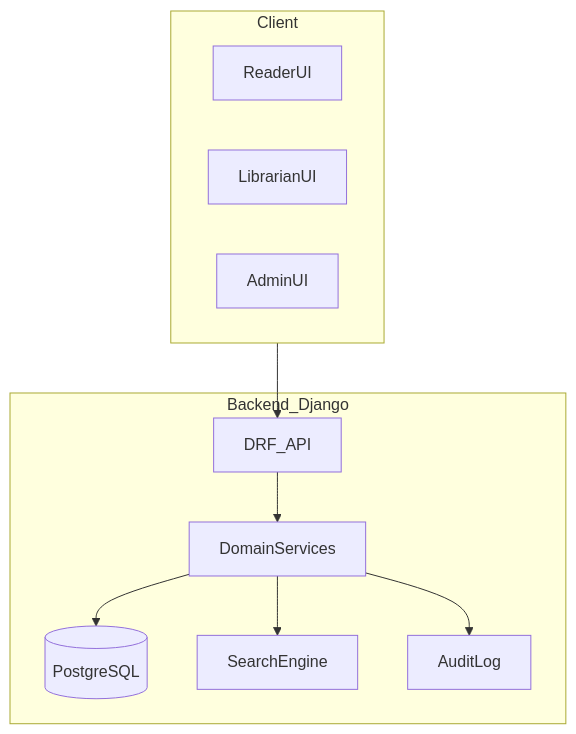
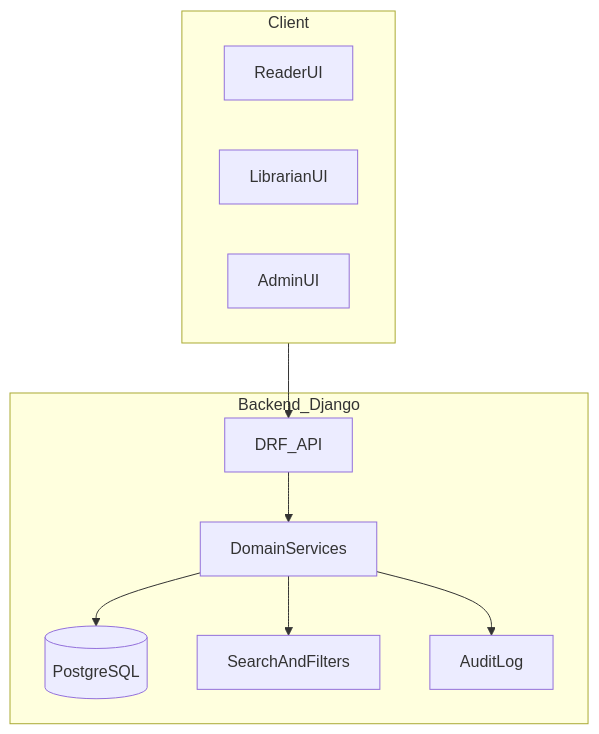
The first of 2 diagrams in docs/Информация о проекте/Полный_план.md (DaniilNikolaev-uv/library), drawn with Mermaid before and after one commit. The commit also changed other lines of this file and 34 other files, not shown here.

````diff
--- a/docs/Информация о проекте/Полный_план.md
+++ b/docs/Информация о проекте/Полный_план.md
@@ -27,17 +27,17 @@
 ```mermaid
 flowchart TD
   subgraph client[Client]
     reader[ReaderUI]
     librarian[LibrarianUI]
     admin[AdminUI]
   end
 
   client --> api[DRF_API]
 
   subgraph backend[Backend_Django]
     api --> services[DomainServices]
     services --> db[(PostgreSQL)]
-    services --> search[SearchEngine]
+    services --> search[SearchAndFilters]
     services --> audit[AuditLog]
   end
 ```
````
